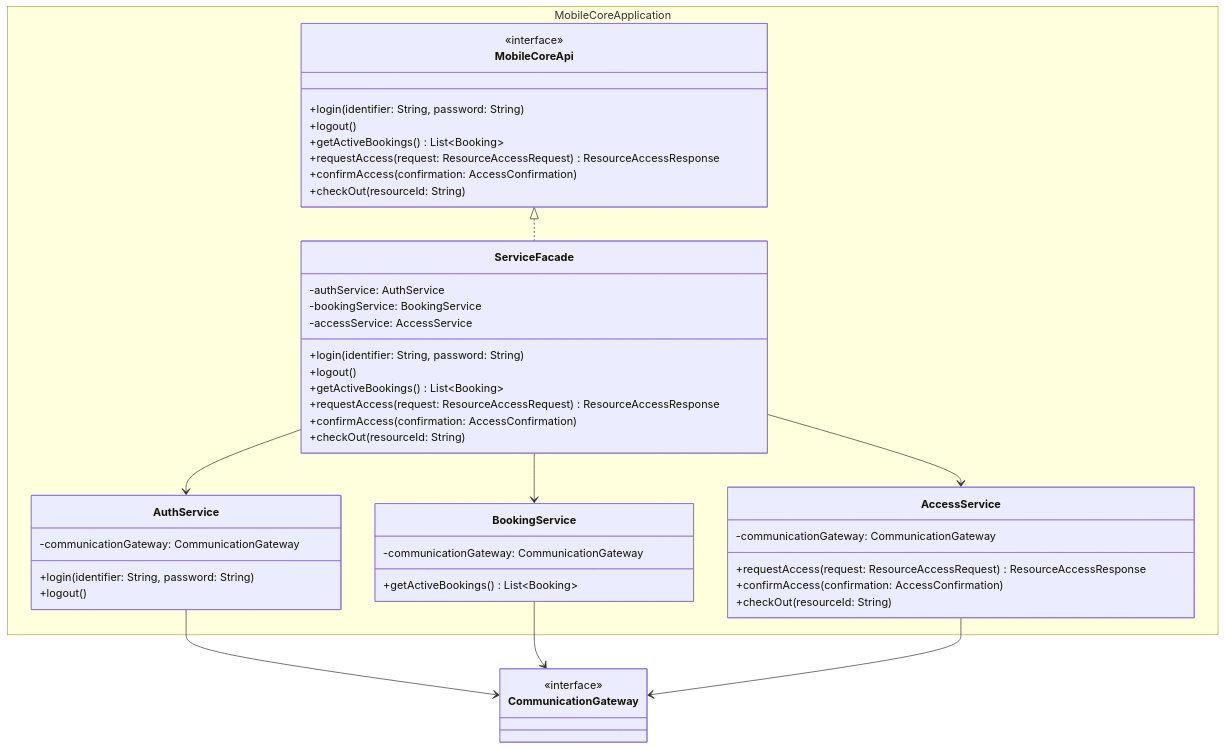
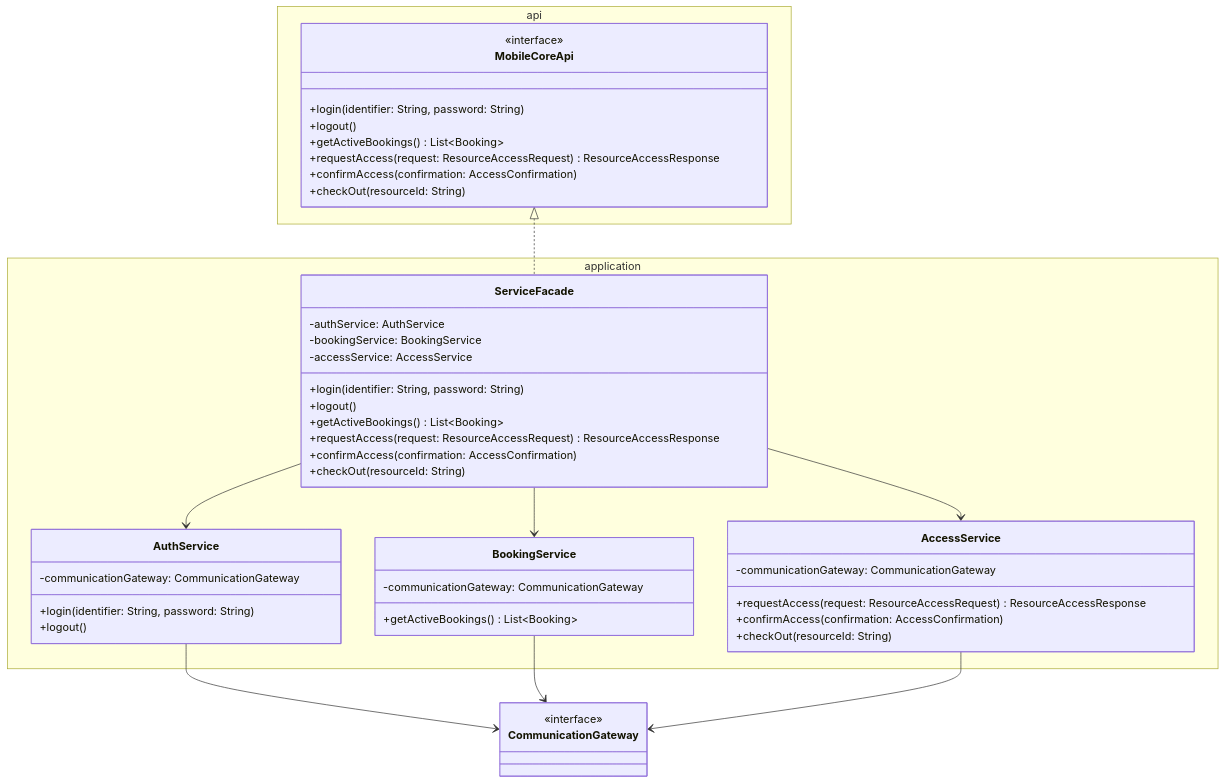
The diagram in docs/report/assets/mobile-core-classes.mmd (thomas-sartini/ble-booking-system), drawn with Mermaid before and after one commit. The commit also changed 6 other files, not shown here.

Commit message:
docs(mobile): align class diagrams with core architecture

```diff
--- a/docs/report/assets/mobile-core-classes.mmd
+++ b/docs/report/assets/mobile-core-classes.mmd
@@ -1,61 +1,63 @@
 classDiagram
     direction TB
 
-    namespace MobileCoreApplication {
+    namespace api {
         class MobileCoreApi {
             <<interface>>
             +login(identifier: String, password: String)
             +logout()
             +getActiveBookings() List~Booking~
             +requestAccess(request: ResourceAccessRequest) ResourceAccessResponse
             +confirmAccess(confirmation: AccessConfirmation)
             +checkOut(resourceId: String)
         }
+    }
 
+    namespace application {
         class ServiceFacade {
             -authService: AuthService
             -bookingService: BookingService
             -accessService: AccessService
 
             +login(identifier: String, password: String)
             +logout()
             +getActiveBookings() List~Booking~
             +requestAccess(request: ResourceAccessRequest) ResourceAccessResponse
             +confirmAccess(confirmation: AccessConfirmation)
             +checkOut(resourceId: String)
         }
 
         class AuthService {
             -communicationGateway: CommunicationGateway
 
             +login(identifier: String, password: String)
             +logout()
         }
 
         class BookingService {
             -communicationGateway: CommunicationGateway
 
             +getActiveBookings() List~Booking~
         }
 
         class AccessService {
             -communicationGateway: CommunicationGateway
 
             +requestAccess(request: ResourceAccessRequest) ResourceAccessResponse
             +confirmAccess(confirmation: AccessConfirmation)
             +checkOut(resourceId: String)
         }
     }
 
     MobileCoreApi <|.. ServiceFacade
 
     ServiceFacade --> AuthService
     ServiceFacade --> BookingService
     ServiceFacade --> AccessService
 
     class CommunicationGateway {
         <<interface>>
     }
     AuthService --> CommunicationGateway
     BookingService --> CommunicationGateway
     AccessService --> CommunicationGateway
```
